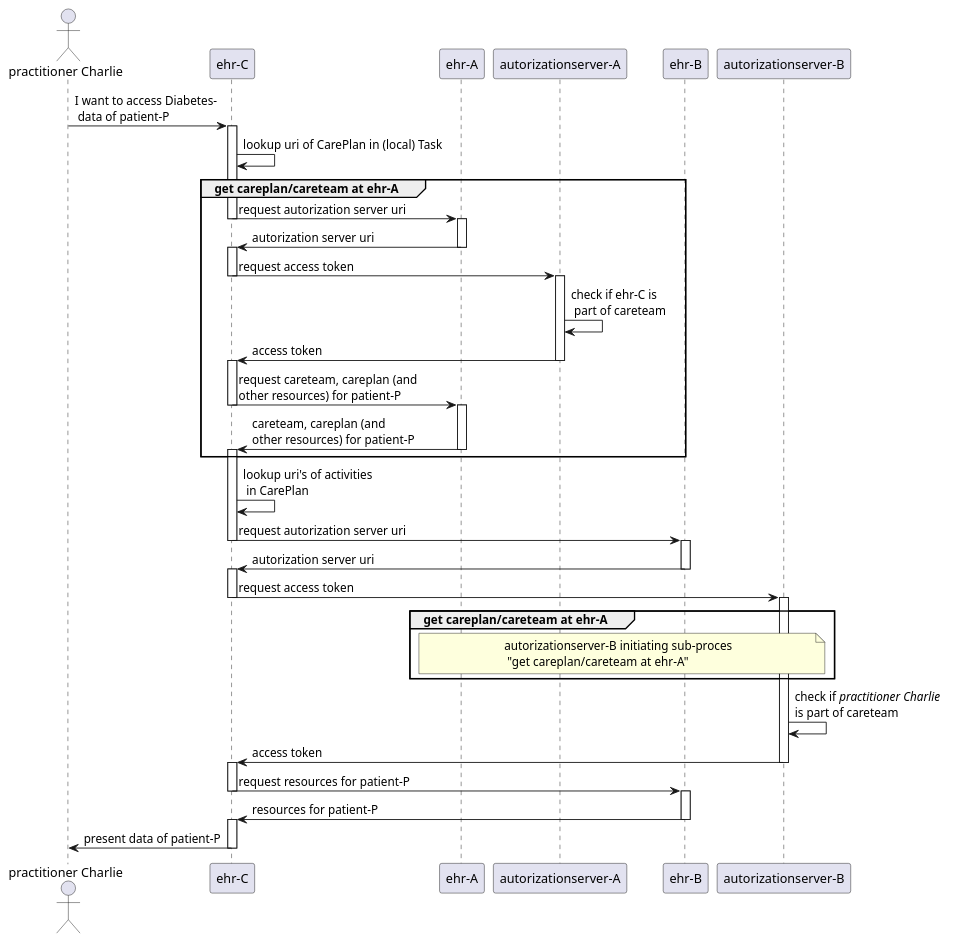
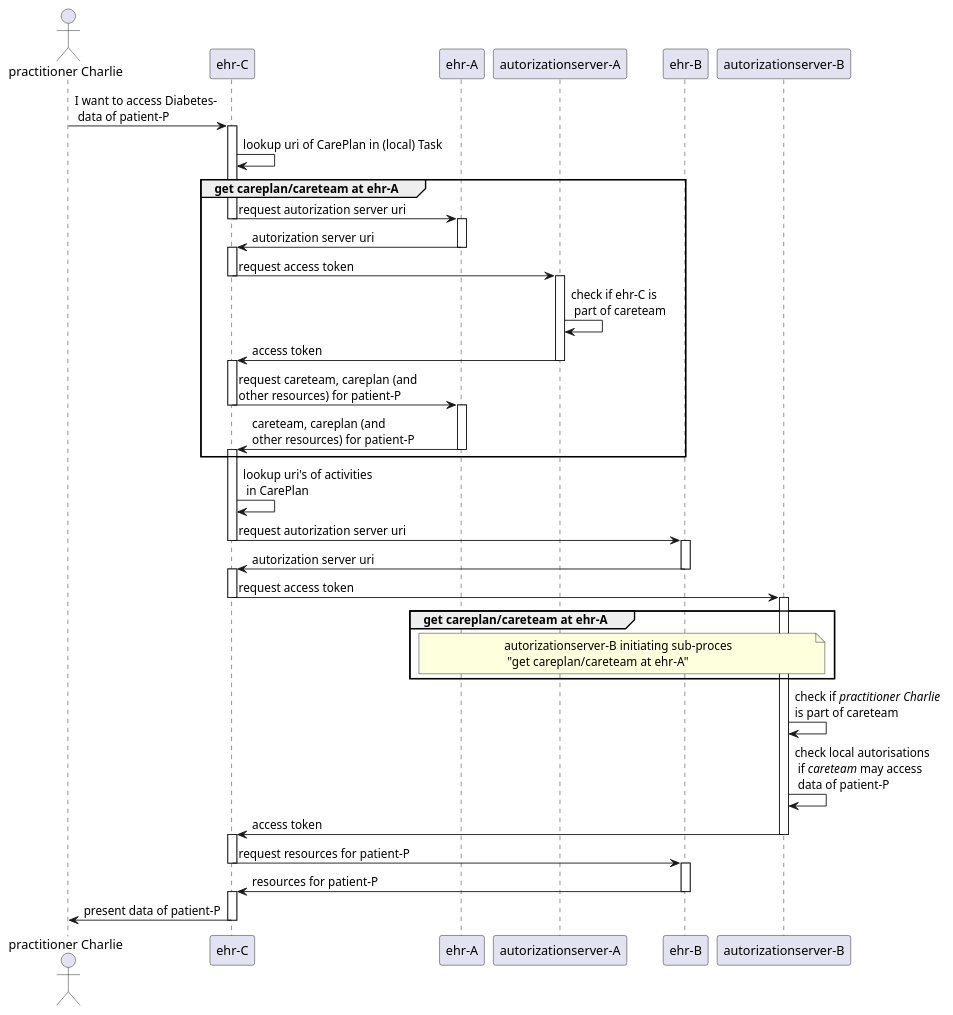
The diagram in input/images-source/example1-retrievingdata.puml (SanteonNL/shared-care-planning), drawn with PlantUML before and after one commit. The commit also changed 1 other file, not shown here.

Commit message:
add local autz in sequencediagram

```diff
--- a/input/images-source/example1-retrievingdata.puml
+++ b/input/images-source/example1-retrievingdata.puml
@@ -1,64 +1,65 @@
 @startuml example1-retrievingdata
 participant "autorizationserver-A" as asa order 40
 participant "autorizationserver-B" as asb order 60
 participant "ehr-A" as ehra order 30
 participant "ehr-B" as ehrb order 50
 participant "ehr-C" as ehrc order 20
 actor "practitioner Charlie" as prc order 10
 
 prc -> ehrc : I want to access Diabetes-\n data of patient-P
 activate ehrc
 ehrc -> ehrc : lookup uri of CarePlan in (local) Task
 
 
 group get careplan/careteam at ehr-A
     
     ehrc -> ehra : request autorization server uri
     deactivate ehrc
     activate ehra
     ehra -> ehrc : autorization server uri
     deactivate ehra
     activate ehrc
     ehrc -> asa : request access token
     deactivate ehrc
     activate asa
     asa -> asa : check if ehr-C is\n part of careteam
     
     asa -> ehrc : access token
     deactivate asa
     activate ehrc
     ehrc -> ehra : request careteam, careplan (and \nother resources) for patient-P
     deactivate ehrc
     activate ehra
     ehra -> ehrc : careteam, careplan (and \nother resources) for patient-P
     deactivate ehra
     activate ehrc
 end
 
 ehrc -> ehrc : lookup uri's of activities\n in CarePlan
 
 ehrc -> ehrb : request autorization server uri
 deactivate ehrc
 activate ehrb
 ehrb -> ehrc : autorization server uri
 deactivate ehrb
 activate ehrc
 ehrc -> asb : request access token
 deactivate ehrc
 activate asb
 group  get careplan/careteam at ehr-A
     note over asb, ehra : autorizationserver-B initiating sub-proces\n "get careplan/careteam at ehr-A"
 end
 asb -> asb : check if //practitioner Charlie// \nis part of careteam
+asb -> asb : check local autorisations\n if //careteam// may access\n data of patient-P
 asb -> ehrc : access token
 deactivate asb
 activate ehrc
 ehrc -> ehrb : request resources for patient-P
 deactivate ehrc
 activate ehrb
 ehrb -> ehrc : resources for patient-P
 deactivate ehrb
 activate ehrc
 ehrc -> prc : present data of patient-P
 deactivate ehrc
 @enduml
```
